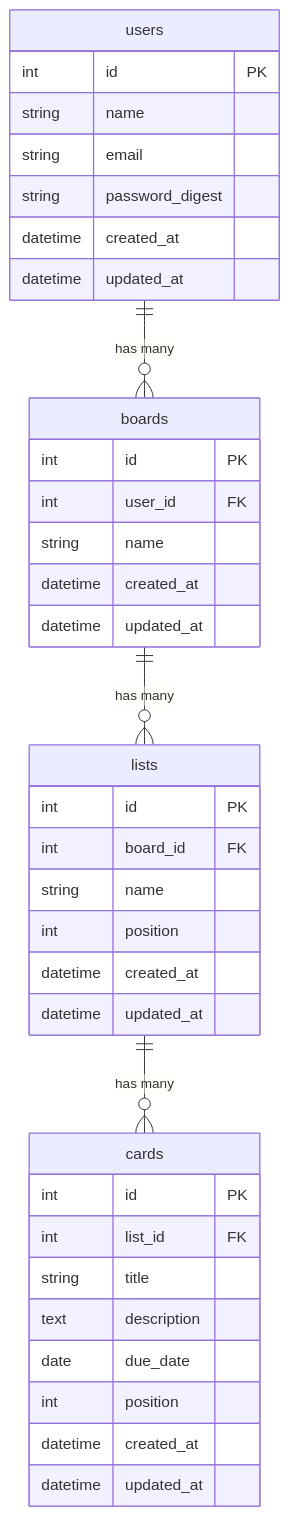
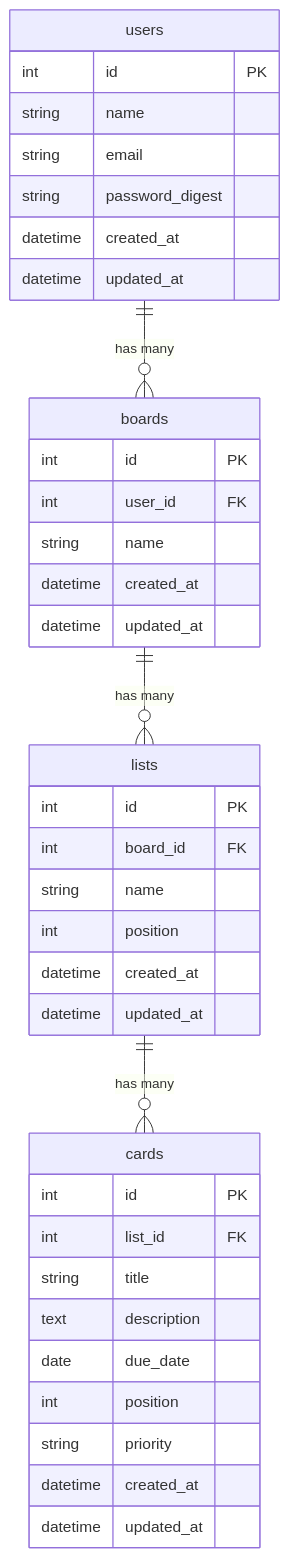
One commit to KAT-brave/TaskManagement changed the diagram in docs/database_design.md. Above: the diagram before and after it, drawn with Mermaid. The commit also changed other lines of this file and 4 other files, not shown here.

````diff
--- a/docs/database_design.md
+++ b/docs/database_design.md
@@ -13,39 +13,40 @@
 ```mermaid
 erDiagram
     users {
         int id PK
         string name
         string email
         string password_digest
         datetime created_at
         datetime updated_at
     }
     boards {
         int id PK
         int user_id FK
         string name
         datetime created_at
         datetime updated_at
     }
     lists {
         int id PK
         int board_id FK
         string name
         int position
         datetime created_at
         datetime updated_at
     }
     cards {
         int id PK
         int list_id FK
         string title
         text description
         date due_date
         int position
+        string priority
         datetime created_at
         datetime updated_at
     }
     users ||--o{ boards : "has many"
     boards ||--o{ lists : "has many"
     lists ||--o{ cards : "has many"
 ```
````
